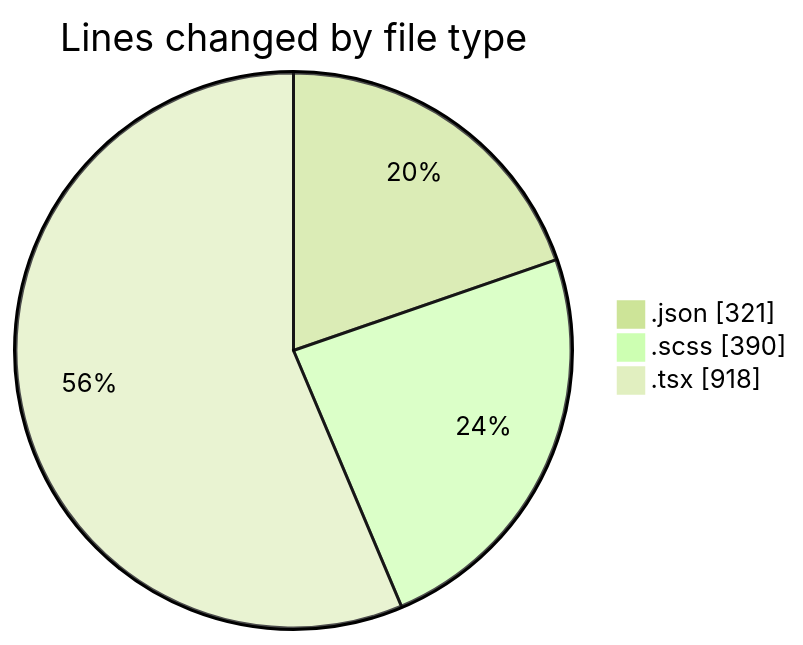
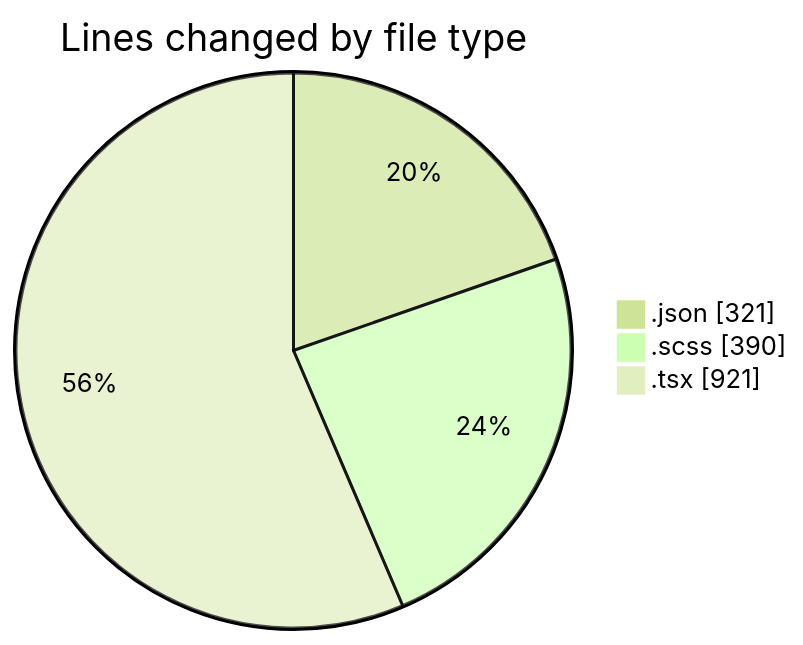
The first of 2 diagrams in 2026-04-20/cda/README.md (momahboobian/code-tracking), drawn with Mermaid (forest theme) before and after one commit. The commit also changed other lines of this file and 1 other file, not shown here.

````diff
--- a/2026-04-20/cda/README.md
+++ b/2026-04-20/cda/README.md
@@ -27,7 +27,7 @@
 ```mermaid
 pie showData
 title Lines changed by file type
 ".json" : 321
 ".scss" : 390
-".tsx" : 918
+".tsx" : 921
 ```
````
